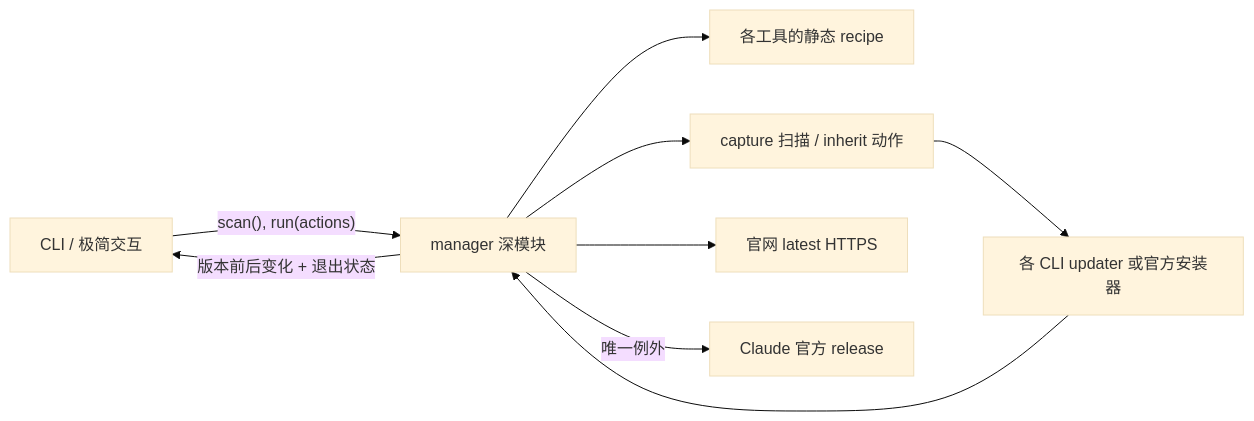
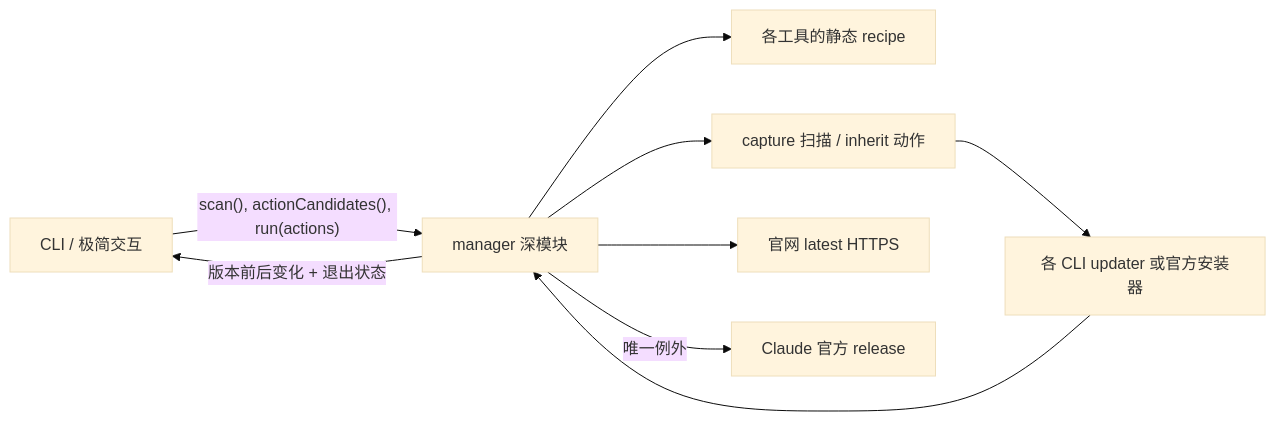
Before and after one commit to gitboy808/command-foundry: the diagram in apps/ai-cli-manager/docs/design/simplified-architecture.md, drawn with Mermaid (base theme). The commit also changed other lines of this file and 7 other files, not shown here.

Commit message:
feat(ai-cli-manager): 优化交互更新默认选择

````diff
--- a/apps/ai-cli-manager/docs/design/simplified-architecture.md
+++ b/apps/ai-cli-manager/docs/design/simplified-architecture.md
@@ -76,11 +77,11 @@
 ```mermaid
 flowchart LR
-  CLI["CLI / 极简交互"] -->|"scan(), run(actions)"| Manager["manager 深模块"]
+  CLI["CLI / 极简交互"] -->|"scan(), actionCandidates(), run(actions)"| Manager["manager 深模块"]
   Manager --> Catalog["各工具的静态 recipe"]
   Manager --> Runner["capture 扫描 / inherit 动作"]
   Manager --> Latest["官网 latest HTTPS"]
   Manager -->|"唯一例外"| ClaudeRelease["Claude 官方 release"]
   Runner --> Upstream["各 CLI updater 或官方安装器"]
   Upstream --> Manager
   Manager -->|"版本前后变化 + 退出状态"| CLI
 ```
````
